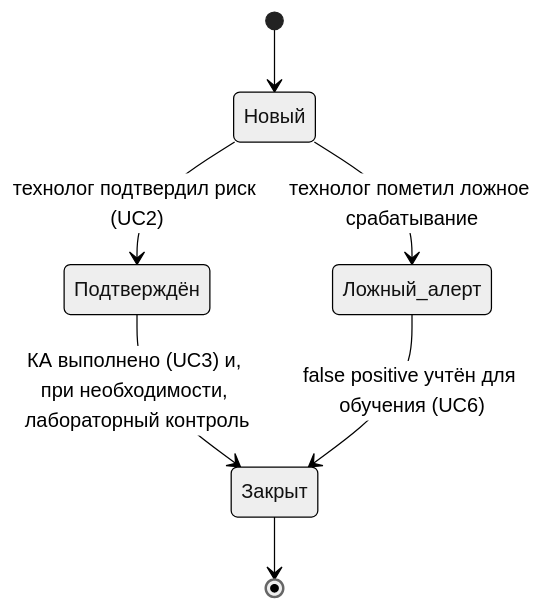
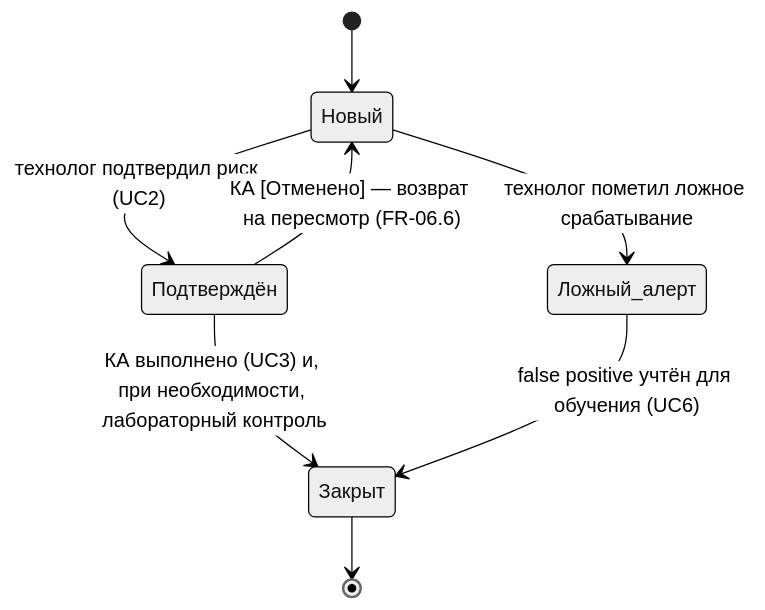
The first of 2 diagrams in docs/system_analysis/06_domain_model.md (igorvolk1961/water_checker), drawn with Mermaid (neutral theme) before and after one commit. The commit also changed other lines of this file and 8 other files, not shown here.

````diff
--- a/docs/system_analysis/06_domain_model.md
+++ b/docs/system_analysis/06_domain_model.md
@@ -52,9 +66,10 @@
 ```mermaid
 stateDiagram-v2
     [*] --> Новый
     Новый --> Подтверждён: технолог подтвердил риск (UC2)
     Новый --> Ложный_алерт: технолог пометил ложное срабатывание
+    Подтверждён --> Новый: КА [Отменено] — возврат на пересмотр (FR-06.6)
     Подтверждён --> Закрыт: КА выполнено (UC3) и, при необходимости, лабораторный контроль
     Ложный_алерт --> Закрыт: false positive учтён для обучения (UC6)
     Закрыт --> [*]
 ```
````
